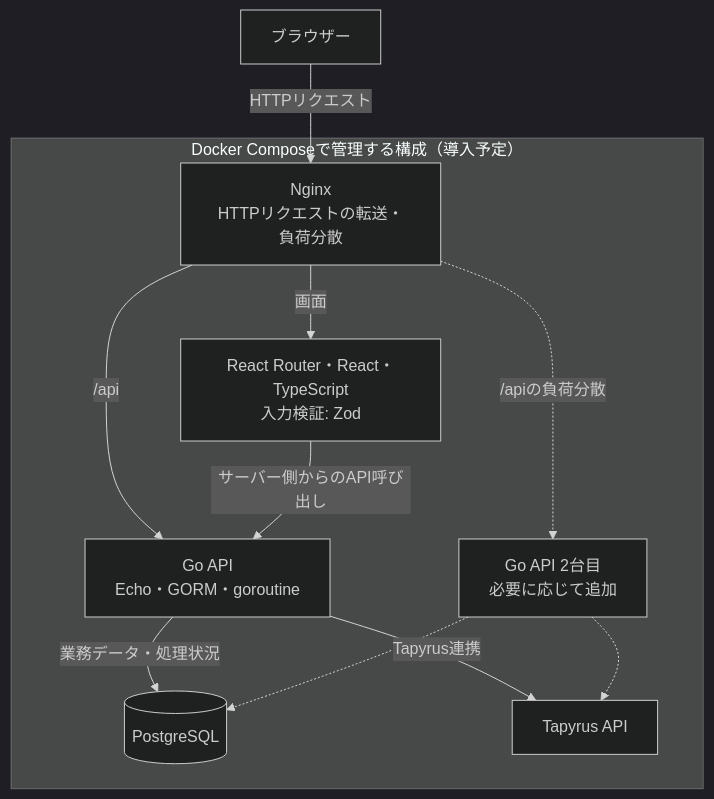
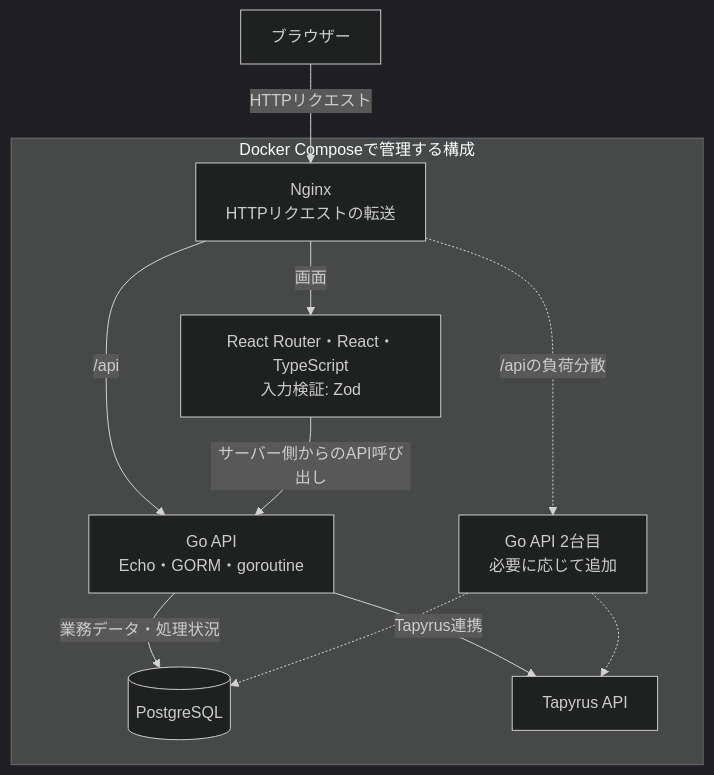
One commit to nao317/mobile_tracer changed the first of 2 diagrams in README.md. Above: the diagram before and after it, drawn with Mermaid (dark theme). The commit also changed other lines of this file and 22 other files, not shown here.

````diff
--- a/README.md
+++ b/README.md
@@ -31,22 +63,22 @@
 ```mermaid
 flowchart TB
     browser["ブラウザー"]
-    subgraph compose["Docker Composeで管理する構成（導入予定）"]
-        nginx["Nginx<br/>HTTPリクエストの転送・負荷分散"]
+    subgraph compose["Docker Composeで管理する構成"]
+        nginx["Nginx<br/>HTTPリクエストの転送"]
         frontend["React Router・React・TypeScript<br/>入力検証: Zod"]
         api1["Go API<br/>Echo・GORM・goroutine"]
         api2["Go API 2台目<br/>必要に応じて追加"]
         db[("PostgreSQL")]
         tapyrus["Tapyrus API"]
 
         nginx -->|画面| frontend
         nginx -->|/api| api1
         nginx -.->|/apiの負荷分散| api2
         frontend -->|サーバー側からのAPI呼び出し| api1
         api1 -->|業務データ・処理状況| db
         api1 -->|Tapyrus連携| tapyrus
         api2 -.-> db
         api2 -.-> tapyrus
     end
     browser -->|HTTPリクエスト| nginx
 ```
````
